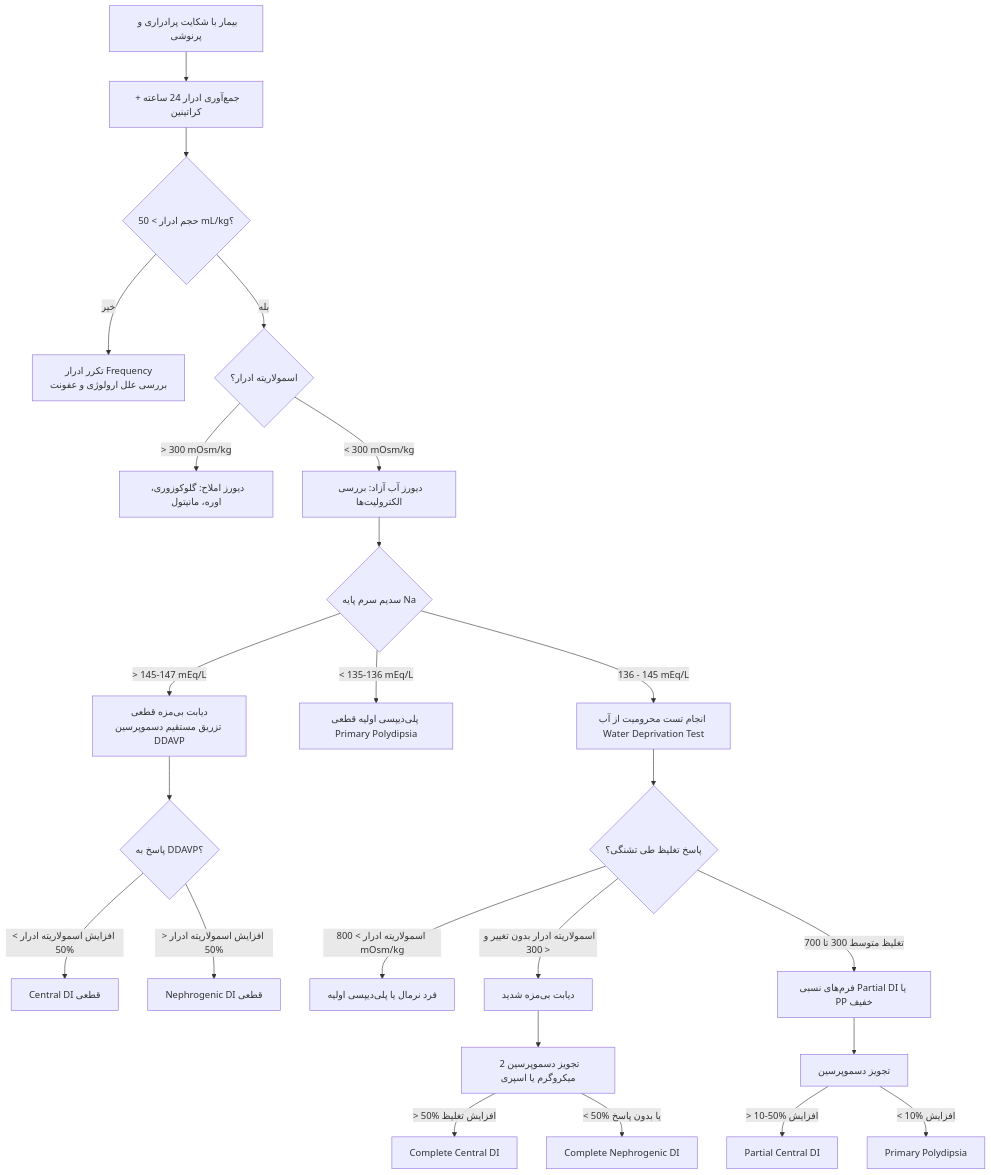
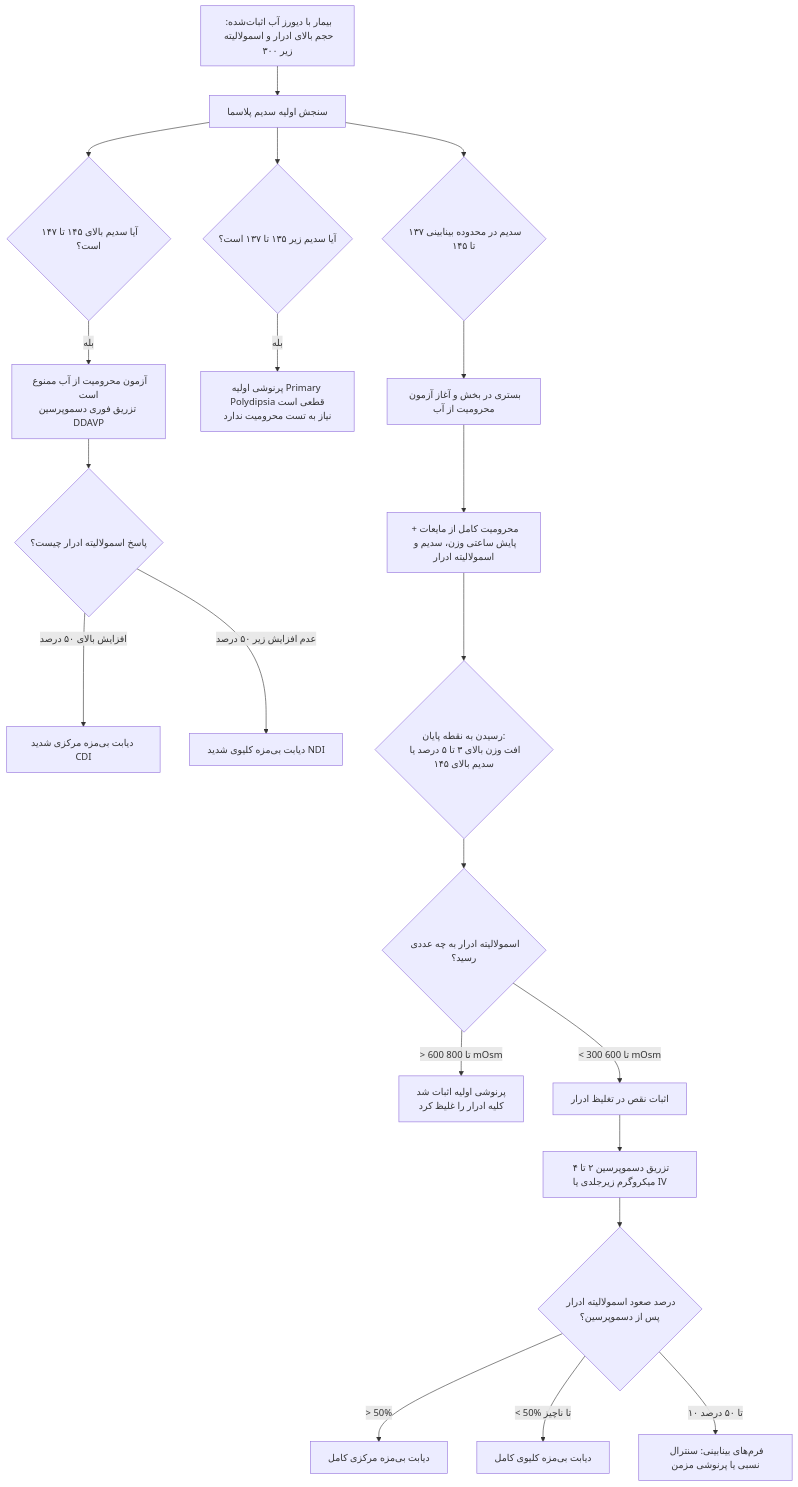
The sixth of 8 diagrams in 07/مبانی غدد/هیپوفیز خلفی.md (neopulse-hub/TUMS-1402-1-neo), drawn with Mermaid before and after one commit. The commit also changed other lines of this file, not shown here.

````diff
--- a/07/مبانی غدد/هیپوفیز خلفی.md
+++ b/07/مبانی غدد/هیپوفیز خلفی.md
@@ -229,32 +167,30 @@
 ```mermaid
 flowchart TD
-    Start[بیمار با شکایت پرادراری و پرنوشی] --> Step1[جمع‌آوری ادرار 24 ساعته + کراتینین]
-    Step1 --> VolumeCheck{حجم ادرار > 50 mL/kg؟}
-    VolumeCheck -- خیر --> Frequency[تکرر ادرار Frequency<br>بررسی علل ارولوژی و عفونت]
-    VolumeCheck -- بله --> CheckOsm{اسمولاریته ادرار؟}
+    Patient[بیمار با دیورز آب اثبات‌شده: حجم بالای ادرار و اسمولالیته زیر ۳۰۰] --> NaBase[سنجش اولیه سدیم پلاسما]
     
-    CheckOsm -->|> 300 mOsm/kg| Solute[دیورز املاح: گلوکوزوری، اوره، مانیتول]
-    CheckOsm -->|< 300 mOsm/kg| WaterDiuresis[دیورز آب آزاد: بررسی الکترولیت‌ها]
+    NaBase --> NaHigh{آیا سدیم بالای ۱۴۵ تا ۱۴۷ است؟}
+    NaHigh -->|بله| DirectDDAVP[آزمون محرومیت از آب ممنوع است<br>تزریق فوری دسموپرسین DDAVP]
+    DirectDDAVP --> EvalDirect{پاسخ اسمولالیته ادرار چیست؟}
+    EvalDirect -->|افزایش بالای ۵۰ درصد| DirectCDI[دیابت بی‌مزه مرکزی شدید CDI]
+    EvalDirect -->|عدم افزایش زیر ۵۰ درصد| DirectNDI[دیابت بی‌مزه کلیوی شدید NDI]
     
-    WaterDiuresis --> NaBase{سدیم سرم پایه Na}
-    NaBase -->|> 145-147 mEq/L| DirectDDAVP[دیابت بی‌مزه قطعی<br>تزریق مستقیم دسموپرسین DDAVP]
-    NaBase -->|< 135-136 mEq/L| ConfirmedPP[پلی‌دیپسی اولیه قطعی Primary Polydipsia]
-    NaBase -->|136 - 145 mEq/L| WDT[انجام تست محرومیت از آب Water Deprivation Test]
+    NaBase --> NaLow{آیا سدیم زیر ۱۳۵ تا ۱۳۷ است؟}
+    NaLow -->|بله| PsychogenicDx[پرنوشی اولیه Primary Polydipsia قطعی است<br>نیاز به تست محرومیت ندارد]
     
-    DirectDDAVP --> ResponseCheck1{پاسخ به DDAVP؟}
-    ResponseCheck1 -->|افزایش اسمولاریته ادرار > 50%| CentralDI1[Central DI قطعی]
-    ResponseCheck1 -->|افزایش اسمولاریته ادرار < 50%| NephroDI1[Nephrogenic DI قطعی]
-
-    WDT --> WDTResponse{پاسخ تغلیظ طی تشنگی؟}
-    WDTResponse -->|اسمولاریته ادرار > 800 mOsm/kg| NormalPP[فرد نرمال یا پلی‌دیپسی اولیه]
-    WDTResponse -->|اسمولاریته ادرار بدون تغییر و < 300| SevereDI[دیابت بی‌مزه شدید]
-    WDTResponse -->|تغلیظ متوسط 300 تا 700| PartialDI[فرم‌های نسبی Partial DI یا PP خفیف]
+    NaBase --> NaBorder{سدیم در محدوده بینابینی ۱۳۷ تا ۱۴۵}
+    NaBorder --> WDT[بستری در بخش و آغاز آزمون محرومیت از آب]
     
-    SevereDI --> DDAVP_Challenge[تجویز دسموپرسین 2 میکروگرم یا اسپری]
-    DDAVP_Challenge -->|> 50% افزایش تغلیظ| CompleteCDI[Complete Central DI]
-    DDAVP_Challenge -->|< 50% یا بدون پاسخ| CompleteNDI[Complete Nephrogenic DI]
-
-    PartialDI --> DDAVP_Partial[تجویز دسموپرسین]
-    DDAVP_Partial -->|> 10-50% افزایش| PartialCDI[Partial Central DI]
-    DDAVP_Partial -->|< 10% افزایش| MildPP[Primary Polydipsia]
+    WDT --> Phase1[محرومیت کامل از مایعات + پایش ساعتی وزن، سدیم و اسمولالیته ادرار]
+    Phase1 --> StopCrit{رسیدن به نقطه پایان:<br>افت وزن بالای ۳ تا ۵ درصد یا سدیم بالای ۱۴۵}
+    
+    StopCrit --> OsmRes{اسمولالیته ادرار به چه عددی رسید؟}
+    OsmRes -->|> 600 تا 800 mOsm| PrimaryPoly[پرنوشی اولیه اثبات شد<br>کلیه ادرار را غلیظ کرد]
+    
+    OsmRes -->|< 300 تا 600 mOsm| DeficitProved[اثبات نقص در تغلیظ ادرار]
+    DeficitProved --> InjectDDAVP[تزریق دسموپرسین ۲ تا ۴ میکروگرم زیرجلدی یا IV]
+    
+    InjectDDAVP --> ResponseDDAVP{درصد صعود اسمولالیته ادرار پس از دسموپرسین؟}
+    ResponseDDAVP -->|> 50%| CentralDI[دیابت بی‌مزه مرکزی کامل]
+    ResponseDDAVP -->|< 50% تا ناچیز| NephroDI[دیابت بی‌مزه کلیوی کامل]
+    ResponseDDAVP -->|۱۰ تا ۵۰ درصد| PartialTree[فرم‌های بینابینی: سنترال نسبی یا پرنوشی مزمن]
 ```
````
